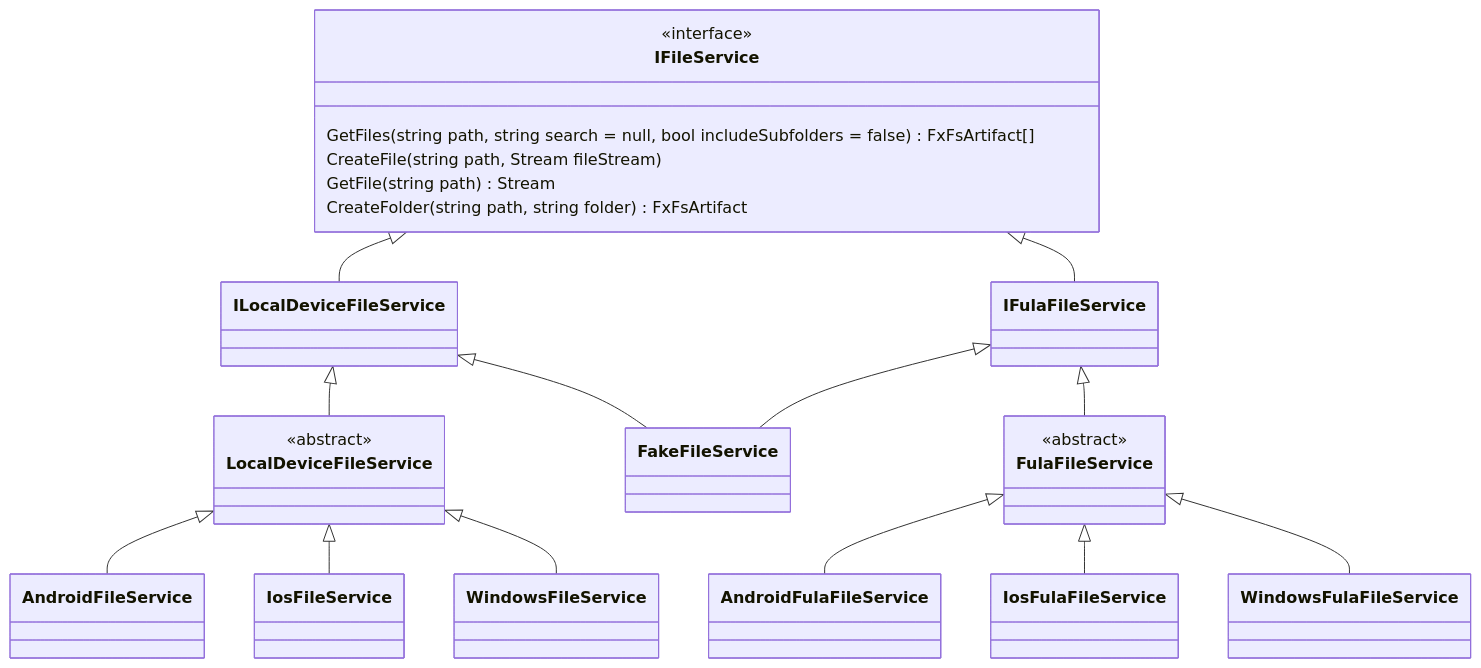
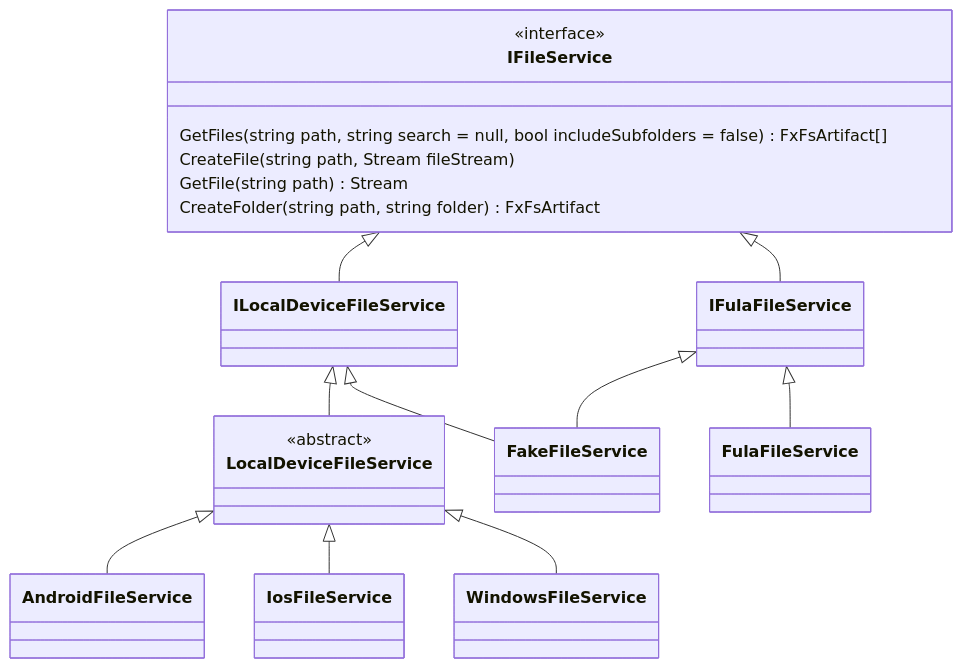
One commit to functionland/fx-files changed the second of 3 diagrams in docs/class-diagram-overview.md. Above: the diagram before and after it, drawn with Mermaid.

Commit message:
Update FileService class-diagram. ab#206

````diff
--- a/docs/class-diagram-overview.md
+++ b/docs/class-diagram-overview.md
@@ -45,31 +45,25 @@
 ```mermaid
 classDiagram
 IFileService <|-- ILocalDeviceFileService
 ILocalDeviceFileService <|-- LocalDeviceFileService
 LocalDeviceFileService <|-- AndroidFileService
 LocalDeviceFileService <|-- IosFileService
 LocalDeviceFileService <|-- WindowsFileService
 ILocalDeviceFileService <|-- FakeFileService
 IFulaFileService <|-- FakeFileService
 IFileService <|-- IFulaFileService
 IFulaFileService <|-- FulaFileService
-FulaFileService <|-- AndroidFulaFileService
-FulaFileService <|-- IosFulaFileService
-FulaFileService <|-- WindowsFulaFileService
 
 class IFileService {
   <<interface>>
   GetFiles(string path, string search = null, bool includeSubfolders = false) FxFsArtifact[]
   CreateFile(string path, Stream fileStream)
   GetFile(string path) Stream
   CreateFolder(string path, string folder) FxFsArtifact
 }
 
 class LocalDeviceFileService {
   <<abstract>>
 }
 
-class FulaFileService {
-  <<abstract>>
-}
 ```
````
